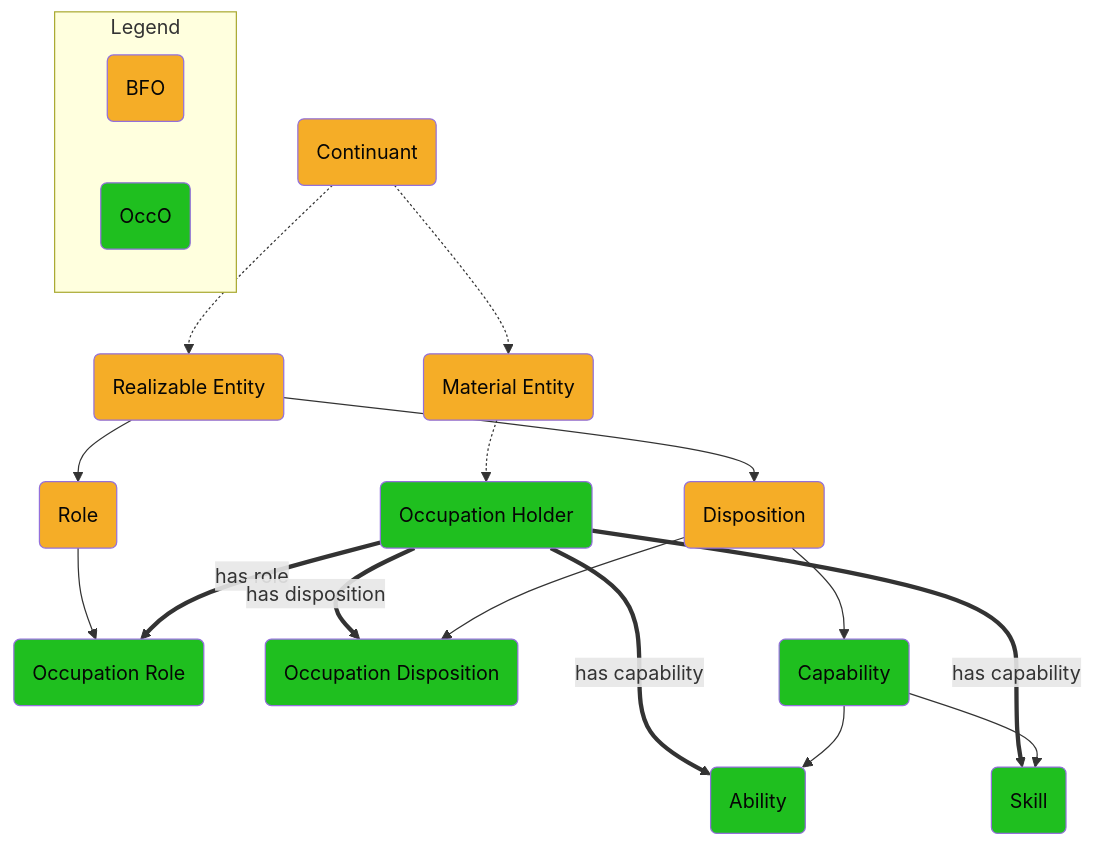
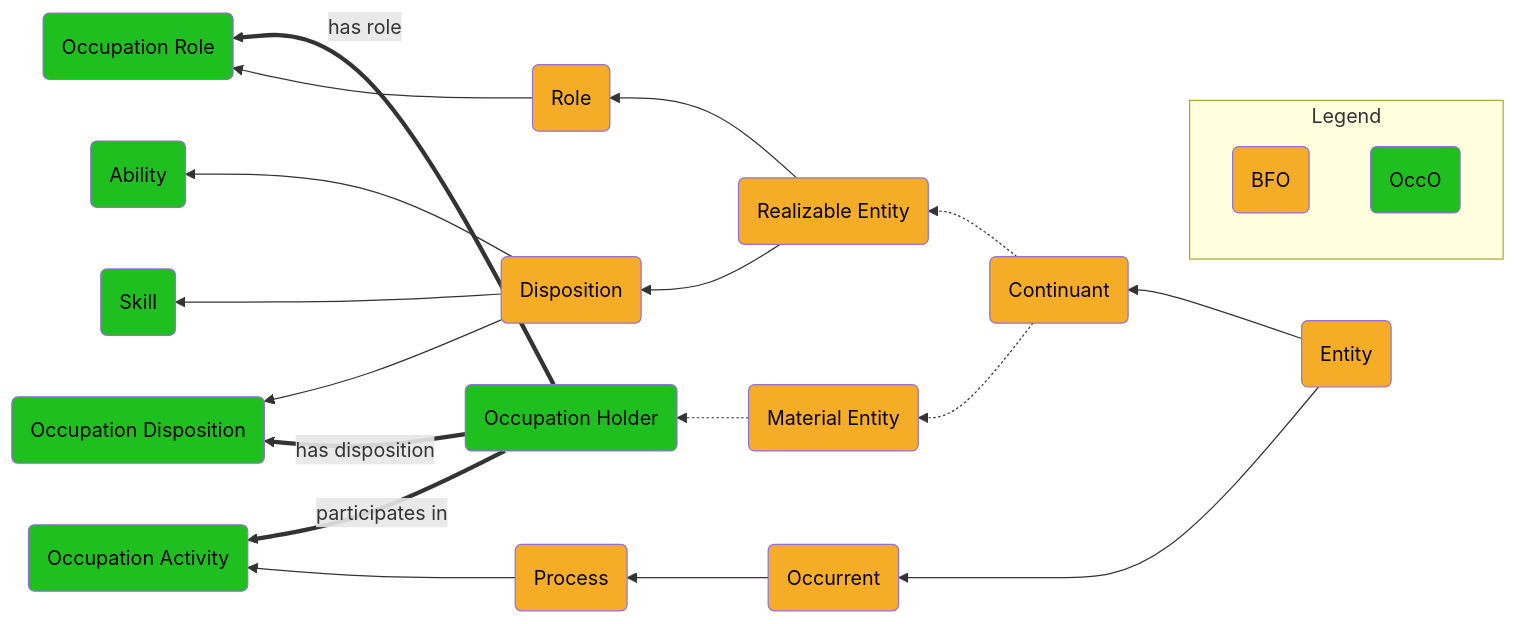
Before and after one commit to Occupation-Ontology/OccO: the diagram in README.md, drawn with Mermaid.

````diff
--- a/README.md
+++ b/README.md
@@ -2,23 +2,25 @@
 ```mermaid
-graph TD
+graph RL
+    A(Entity):::BFO --> B(Continuant):::BFO
+    A(Entity):::BFO --> O(Occurrent):::BFO
+    O(Occurrent):::BFO --> P(Process):::BFO
+    P(Process):::BFO --> Z(Occupation Activity):::OccO
     B(Continuant):::BFO -.-> J(Realizable Entity):::BFO
     B(Continuant):::BFO -.-> F(Material Entity):::BFO
     J(Realizable Entity):::BFO --> L(Role):::BFO
     L(Role):::BFO --> KJ(Occupation Role):::OccO
     K(Occupation Holder):::OccO ==has role==> KJ(Occupation Role):::OccO
-    K(Occupation Holder):::OccO ==has capability==> KM(Ability):::OccO    
-    K(Occupation Holder):::OccO ==has capability==> KN(Skill):::OccO
+    K(Occupation Holder):::OccO ==participates in==> Z(Occupation Activity):::OccO
     K(Occupation Holder):::OccO ==has disposition==> KK(Occupation Disposition):::OccO
     M(Disposition):::BFO --> KK(Occupation Disposition):::OccO
-    M(Disposition):::BFO --> KL(Capability):::OccO
-    KL(Capability):::OccO --> KM(Ability):::OccO
-    KL(Capability):::OccO --> KN(Skill):::OccO
+    M(Disposition):::BFO --> KM(Ability):::OccO
+    M(Disposition):::BFO --> KN(Skill):::OccO
     J(Realizable Entity):::BFO --> M(Disposition):::BFO
     F(Material Entity):::BFO -.-> K(Occupation Holder):::OccO
     subgraph Legend
         AA(BFO):::BFO
         BB(OccO):::OccO
     end
     classDef BFO fill:#F5AD27,color:#060606
     classDef OccO fill:#1FBF1F,color:#060606
 ```
````
